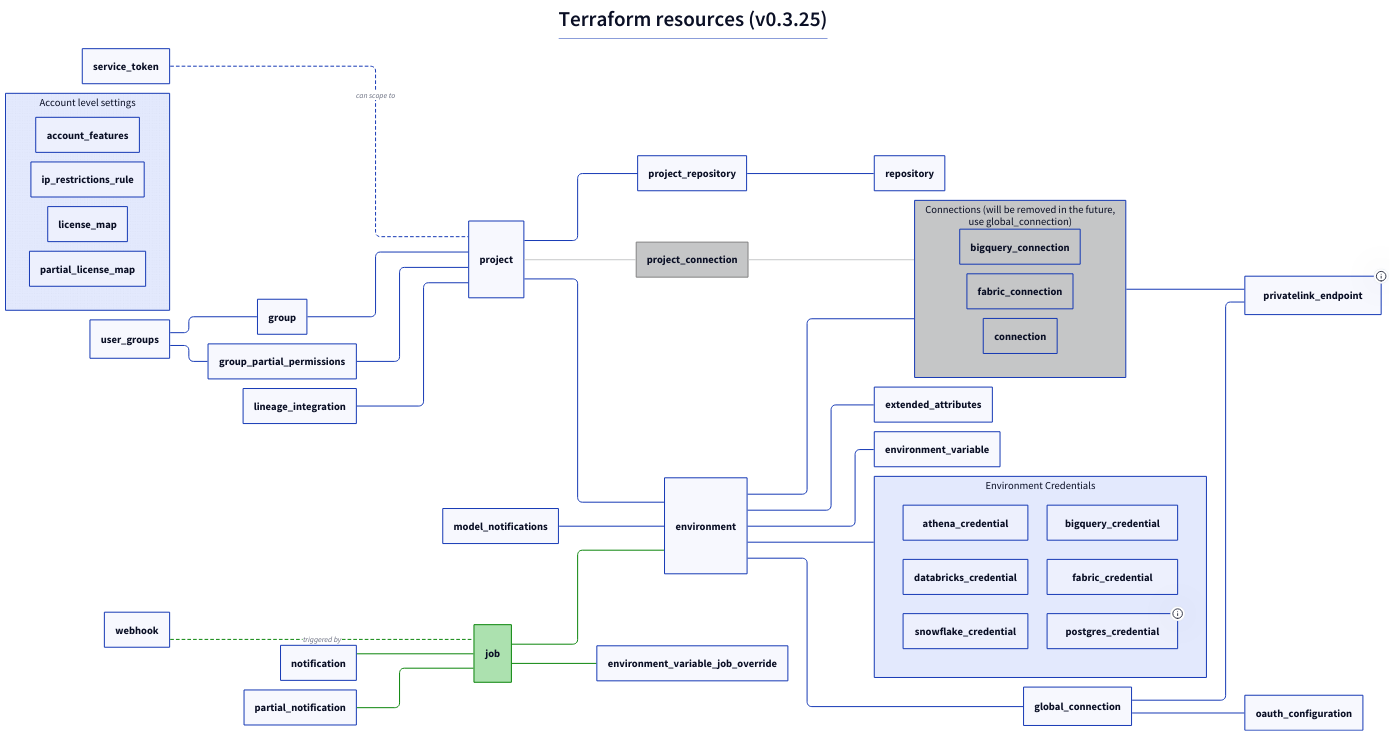
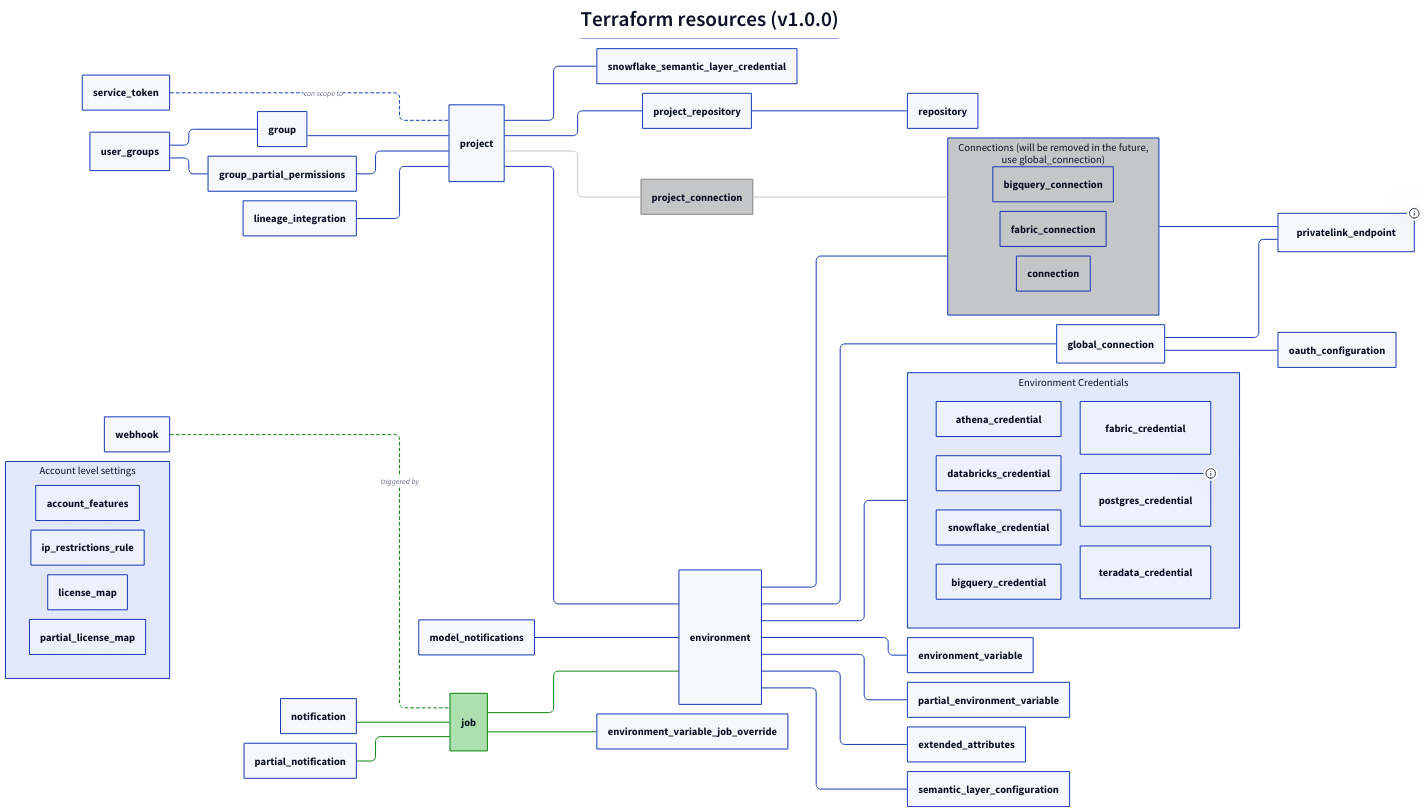
Before and after one commit to dbt-labs/terraform-provider-dbtcloud: the diagram in terraform_resources.d2, drawn with D2. The commit also changed 2 other files, not shown here.

Commit message:
Update terraform_resource.d2 file

```diff
--- a/terraform_resources.d2
+++ b/terraform_resources.d2
@@ -1,109 +1,113 @@
 vars: {
   d2-config: {
     layout-engine: elk
   }
 }
 
 *.style.font-size: 22
 *.*.style.font-size: 22
 
 title: |md
-  # Terraform resources (v0.3.25)
+  # Terraform resources (v1.0.0)
 | {near: top-center}
 
 direction: right
 
 project_connection: {
   style: {
     fill: "#C5C6C7"
     stroke: grey
   }
 }
 
 privatelink_endpoint: {tooltip: Datasource only}
 group
 group_partial_permissions
 service_token
 job: {
   style: {
     fill: "#ACE1AF"
     stroke: green
   }
 }
 
 conns: Connections (will be removed in the future,\nuse global_connection) {
   bigquery_connection
   fabric_connection
   connection
   
   bigquery_connection.style.fill: "#C5C6C7"
   fabric_connection.style.fill: "#C5C6C7"
   connection.style.fill: "#C5C6C7"
 }
 conns.style.fill: "#C5C6C7"
 
 env_creds: Environment Credentials {
   grid-columns: 2
   athena_credential
   databricks_credential
   snowflake_credential
   bigquery_credential
   fabric_credential
   postgres_credential: {tooltip: Is used for Redshift as well}
+  teradata_credential
 }
 
 service_token -- project: can scope to {
   style: {
     stroke-dash: 3
   }
 }
 group -- project
 group_partial_permissions -- project
 user_groups -- group
 user_groups -- group_partial_permissions
 project -- environment
+project -- snowflake_semantic_layer_credential
 job -- environment
 job -- environment_variable_job_override
 notification -- job
 partial_notification -- job
 
 webhook -- job: triggered by {
   style: {
     stroke-dash: 3
   }
 }
 environment -- global_connection
 environment -- conns
 global_connection -- privatelink_endpoint
 global_connection -- oauth_configuration
 
 environment -- env_creds
 conns -- privatelink_endpoint
 project -- project_repository
 lineage_integration -- project
 project_repository -- repository
 environment -- environment_variable
+environment -- partial_environment_variable
 environment -- extended_attributes
+environment -- semantic_layer_configuration
 model_notifications -- environment
 
 project -- project_connection {
   style: {
     stroke: "#C5C6C7"
   }
 }
 project_connection -- conns {
   style: {
     stroke: "#C5C6C7"
   }
 }
 
 (job -- *)[*].style.stroke: green
 (* -- job)[*].style.stroke: green
 
 account_level_settings: "Account level settings" {
   account_features
   ip_restrictions_rule
   license_map
   partial_license_map
 }
 account_level_settings.style.fill-pattern: dots
```
